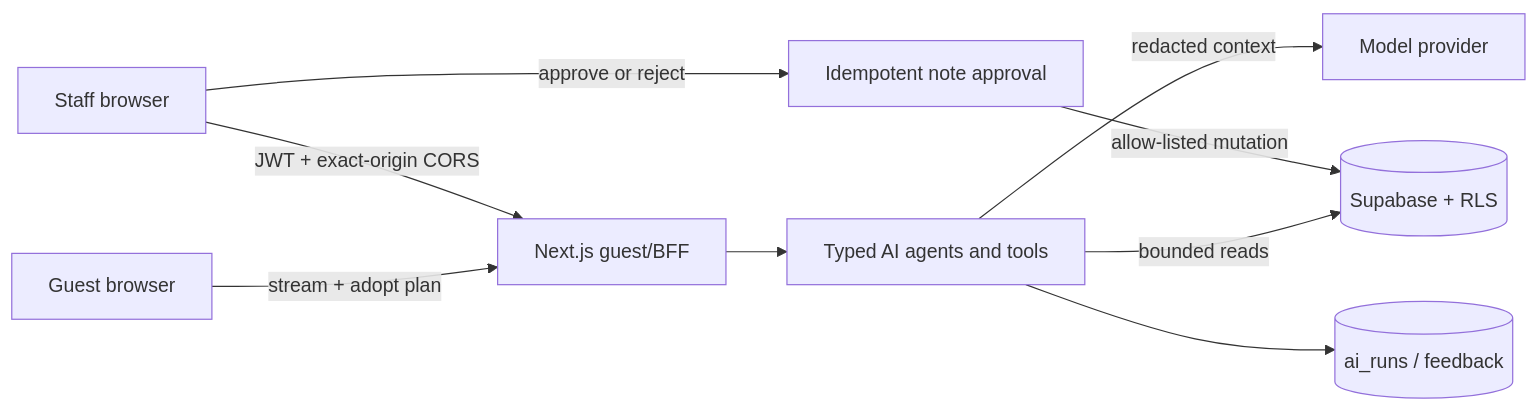
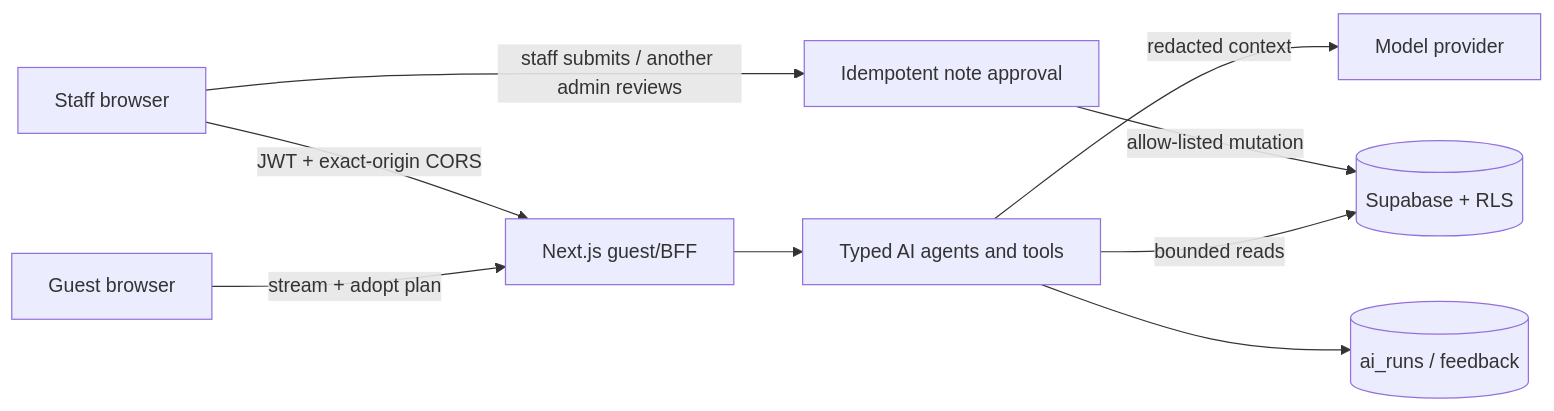
One commit to notjustkoala/the-wild-oasis-ai changed the diagram in docs/portfolio/CASE_STUDY.md. Above: the diagram before and after it, drawn with Mermaid. The commit also changed other lines of this file and 13 other files, not shown here.

````diff
--- a/docs/portfolio/CASE_STUDY.md
+++ b/docs/portfolio/CASE_STUDY.md
@@ -35,11 +35,11 @@
 ```mermaid
 flowchart LR
   G[Guest browser] -->|stream + adopt plan| N[Next.js guest/BFF]
   S[Staff browser] -->|JWT + exact-origin CORS| N
   N --> A[Typed AI agents and tools]
   A -->|bounded reads| DB[(Supabase + RLS)]
   A -->|redacted context| M[Model provider]
   A --> O[(ai_runs / feedback)]
-  S -->|approve or reject| P[Idempotent note approval]
+  S -->|staff submits / another admin reviews| P[Idempotent note approval]
   P -->|allow-listed mutation| DB
 ```
````
